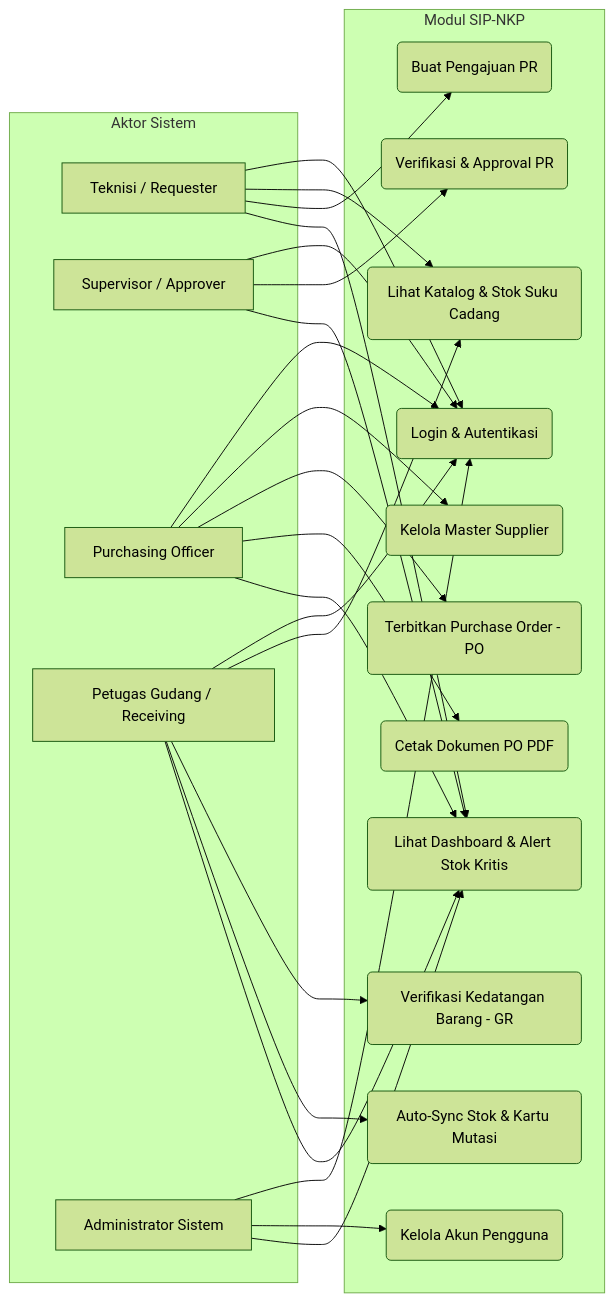
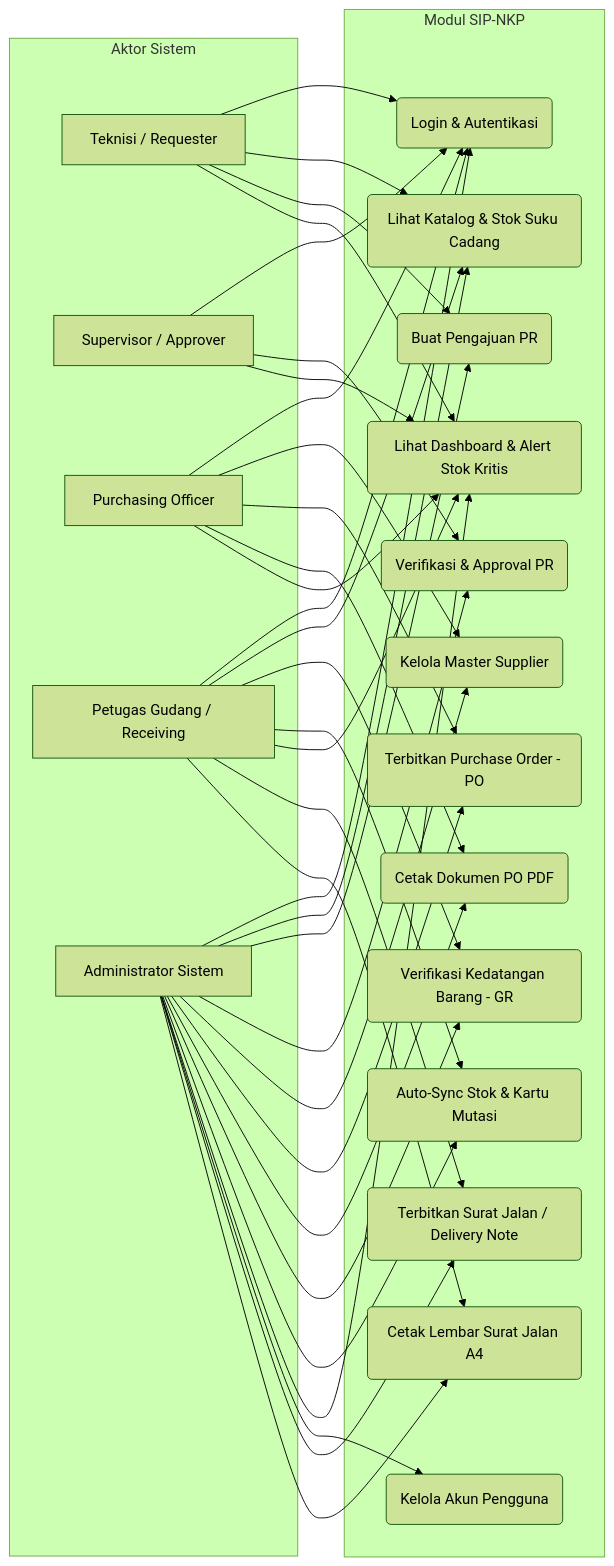
Before and after one commit to radityabhardana/Purchase_Requisition: the first of 4 diagrams in SYSTEM_WORKFLOW.md, drawn with Mermaid (forest theme). The commit also changed other lines of this file and 8 other files, not shown here.

````diff
--- a/SYSTEM_WORKFLOW.md
+++ b/SYSTEM_WORKFLOW.md
@@ -12,49 +12,63 @@
 ```mermaid
 graph LR
     subgraph Aktor Sistem
         REQ[Teknisi / Requester]
         SPV[Supervisor / Approver]
         PUR[Purchasing Officer]
         WHS[Petugas Gudang / Receiving]
         ADM[Administrator Sistem]
     end
 
     subgraph Modul SIP-NKP
         UC1(Login & Autentikasi)
         UC2(Lihat Katalog & Stok Suku Cadang)
         UC3(Buat Pengajuan PR)
         UC4(Verifikasi & Approval PR)
         UC5(Kelola Master Supplier)
         UC6(Terbitkan Purchase Order - PO)
         UC7(Cetak Dokumen PO PDF)
         UC8(Verifikasi Kedatangan Barang - GR)
         UC9(Auto-Sync Stok & Kartu Mutasi)
         UC10(Lihat Dashboard & Alert Stok Kritis)
         UC11(Kelola Akun Pengguna)
+        UC12(Terbitkan Surat Jalan / Delivery Note)
+        UC13(Cetak Lembar Surat Jalan A4)
     end
 
     REQ --> UC1
     REQ --> UC2
     REQ --> UC3
     REQ --> UC10
 
     SPV --> UC1
     SPV --> UC4
     SPV --> UC10
 
     PUR --> UC1
     PUR --> UC5
     PUR --> UC6
     PUR --> UC7
     PUR --> UC10
 
     WHS --> UC1
     WHS --> UC2
     WHS --> UC8
     WHS --> UC9
     WHS --> UC10
+    WHS --> UC12
+    WHS --> UC13
 
     ADM --> UC1
+    ADM --> UC2
+    ADM --> UC3
+    ADM --> UC4
+    ADM --> UC5
+    ADM --> UC6
+    ADM --> UC7
+    ADM --> UC8
+    ADM --> UC9
+    ADM --> UC10
     ADM --> UC11
-    ADM --> UC10
+    ADM --> UC12
+    ADM --> UC13
 ```
````
